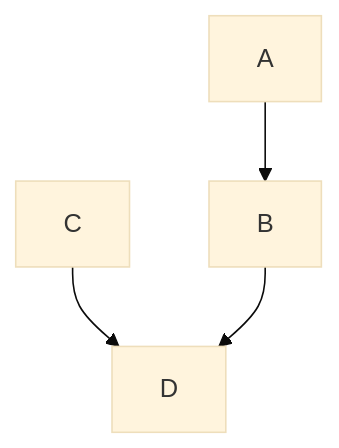
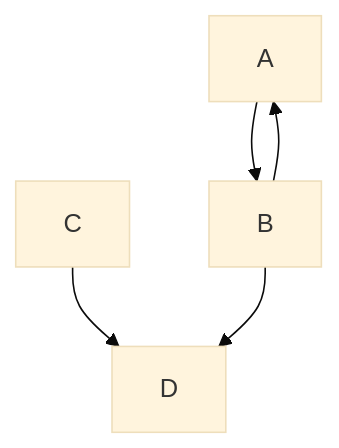
The diagram in docs/index.md (tobdos/ghpages-dogygen), drawn with Mermaid (base theme) before and after one commit.

````diff
--- a/docs/index.md
+++ b/docs/index.md
@@ -15,6 +15,7 @@
 ```mermaid
 graph TD;
     A-->B;
+    B-->A;
     C-->D;
     B-->D;
 ```
````
